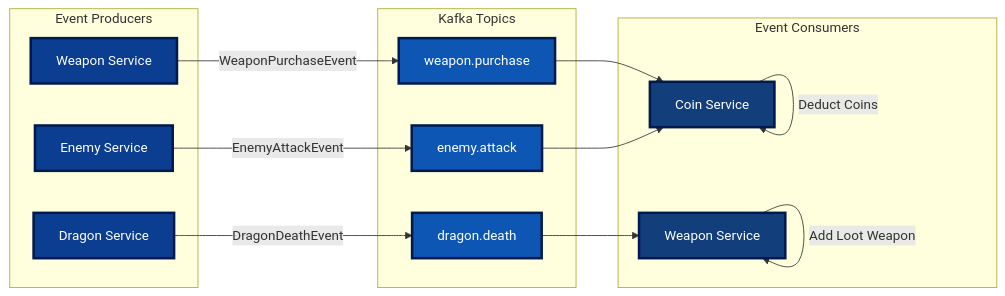
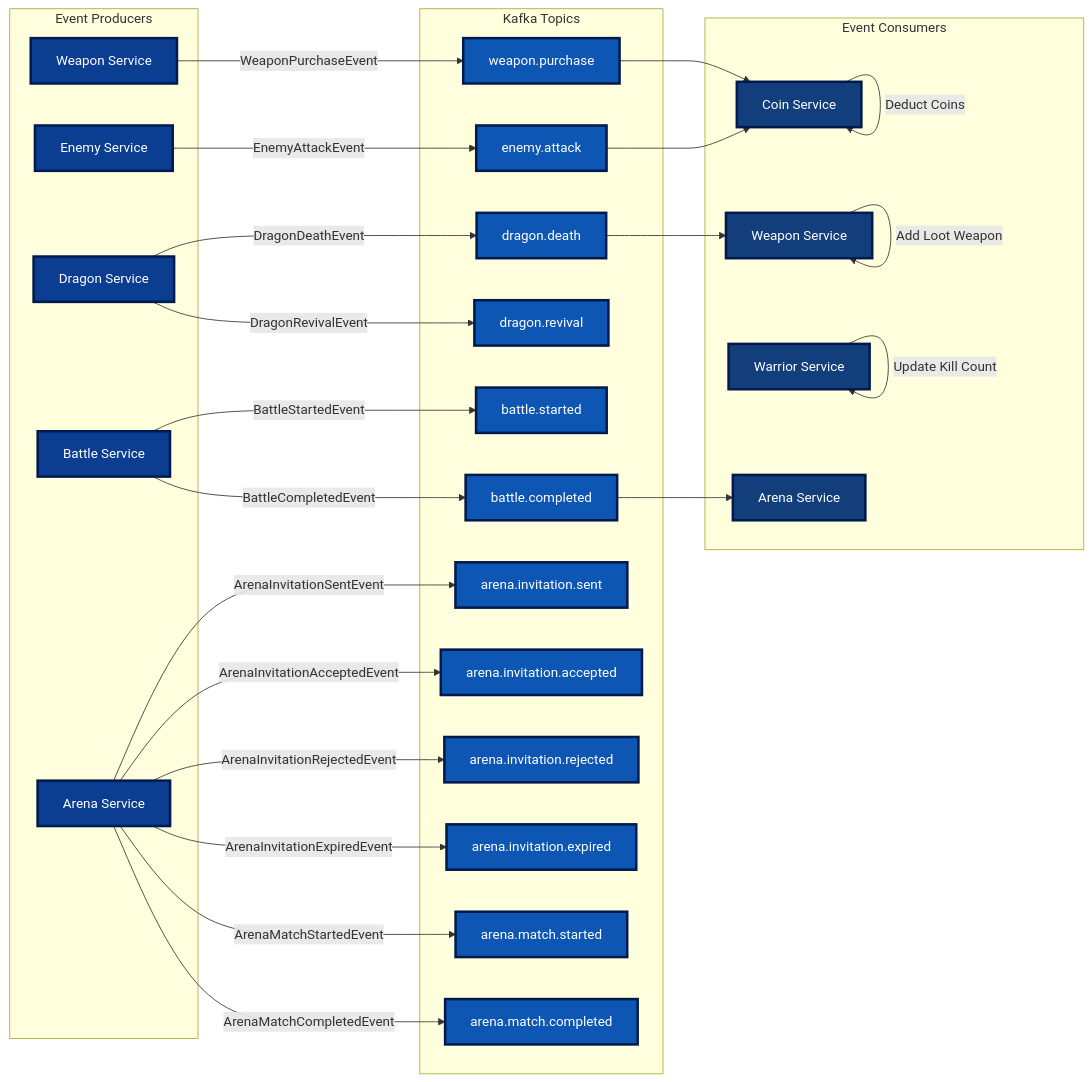
Before and after one commit to tiraten-bot/network-sec-micro: the fifth of 20 diagrams in README.md, drawn with Mermaid.

Commit message:
Update README.md to include new Kafka topics and event flows for Battle and Arena services, enhancing the service interaction diagram with additional producers and consumers.

````diff
--- a/README.md
+++ b/README.md
@@ -261,39 +261,76 @@
 ```mermaid
 graph LR
     subgraph "Event Producers"
         WP[Weapon Service]
         E[Enemy Service]
         D[Dragon Service]
+        B[Battle Service]
+        A[Arena Service]
     end
     
     subgraph "Kafka Topics"
         T1[weapon.purchase]
         T2[enemy.attack]
         T3[dragon.death]
+        T4[dragon.revival]
+        T5[battle.started]
+        T6[battle.completed]
+        T7[arena.invitation.sent]
+        T8[arena.invitation.accepted]
+        T9[arena.invitation.rejected]
+        T10[arena.invitation.expired]
+        T11[arena.match.started]
+        T12[arena.match.completed]
     end
     
     subgraph "Event Consumers"
         C[Coin Service]
         WP2[Weapon Service]
+        W[Warrior Service]
+        A2[Arena Service]
     end
     
     WP -->|WeaponPurchaseEvent| T1
     E -->|EnemyAttackEvent| T2
     D -->|DragonDeathEvent| T3
+    D -->|DragonRevivalEvent| T4
+    B -->|BattleStartedEvent| T5
+    B -->|BattleCompletedEvent| T6
+    A -->|ArenaInvitationSentEvent| T7
+    A -->|ArenaInvitationAcceptedEvent| T8
+    A -->|ArenaInvitationRejectedEvent| T9
+    A -->|ArenaInvitationExpiredEvent| T10
+    A -->|ArenaMatchStartedEvent| T11
+    A -->|ArenaMatchCompletedEvent| T12
     
     T1 --> C
     T2 --> C
     T3 --> WP2
+    T6 --> A2
     
     C -->|Deduct Coins| C
     WP2 -->|Add Loot Weapon| WP2
+    W -->|Update Kill Count| W
     
     style WP fill:#0b3d91,stroke:#001a4d,stroke-width:3px,color:#ffffff
     style E fill:#0b3d91,stroke:#001a4d,stroke-width:3px,color:#ffffff
     style D fill:#0b3d91,stroke:#001a4d,stroke-width:3px,color:#ffffff
+    style B fill:#0b3d91,stroke:#001a4d,stroke-width:3px,color:#ffffff
+    style A fill:#0b3d91,stroke:#001a4d,stroke-width:3px,color:#ffffff
     style T1 fill:#0d56b3,stroke:#001a4d,stroke-width:3px,color:#ffffff
     style T2 fill:#0d56b3,stroke:#001a4d,stroke-width:3px,color:#ffffff
     style T3 fill:#0d56b3,stroke:#001a4d,stroke-width:3px,color:#ffffff
+    style T4 fill:#0d56b3,stroke:#001a4d,stroke-width:3px,color:#ffffff
+    style T5 fill:#0d56b3,stroke:#001a4d,stroke-width:3px,color:#ffffff
+    style T6 fill:#0d56b3,stroke:#001a4d,stroke-width:3px,color:#ffffff
+    style T7 fill:#0d56b3,stroke:#001a4d,stroke-width:3px,color:#ffffff
+    style T8 fill:#0d56b3,stroke:#001a4d,stroke-width:3px,color:#ffffff
+    style T9 fill:#0d56b3,stroke:#001a4d,stroke-width:3px,color:#ffffff
+    style T10 fill:#0d56b3,stroke:#001a4d,stroke-width:3px,color:#ffffff
+    style T11 fill:#0d56b3,stroke:#001a4d,stroke-width:3px,color:#ffffff
+    style T12 fill:#0d56b3,stroke:#001a4d,stroke-width:3px,color:#ffffff
     style C fill:#133e7c,stroke:#001a4d,stroke-width:3px,color:#ffffff
     style WP2 fill:#133e7c,stroke:#001a4d,stroke-width:3px,color:#ffffff
+    style W fill:#133e7c,stroke:#001a4d,stroke-width:3px,color:#ffffff
+    style A2 fill:#133e7c,stroke:#001a4d,stroke-width:3px,color:#ffffff
 ```
````
